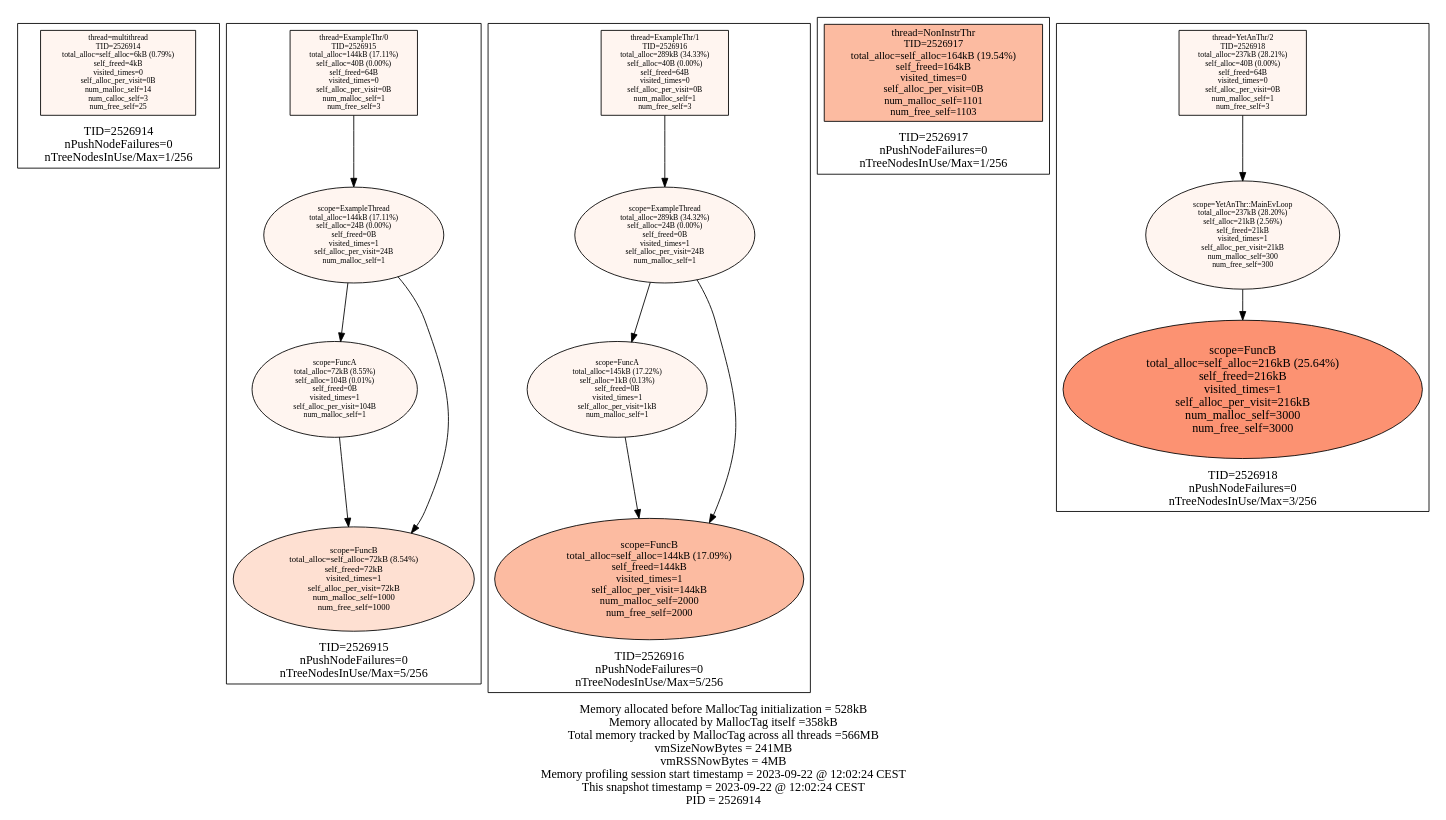
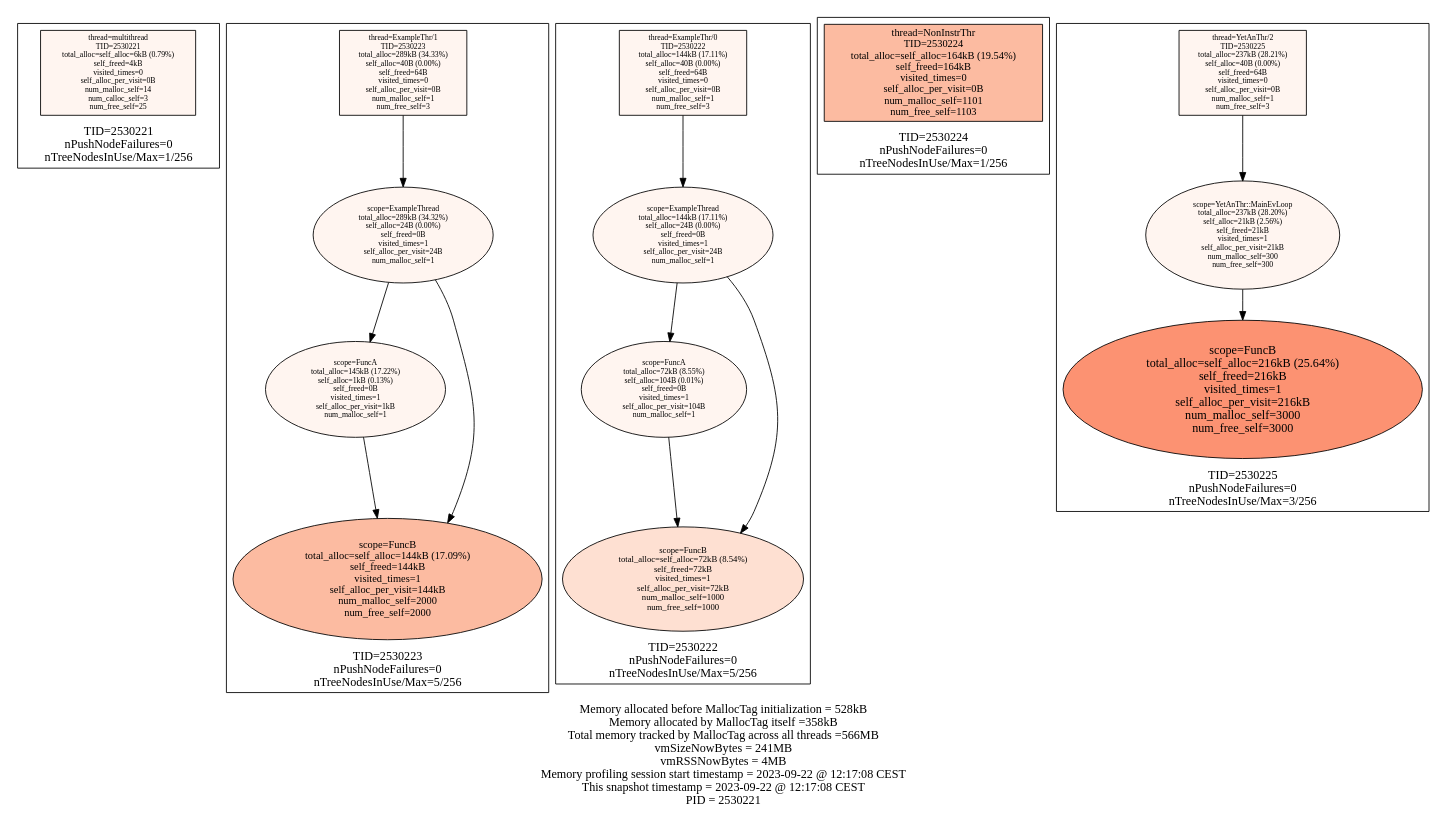
Before and after one commit to f18m/malloc-tag: the diagram in examples/multithread/multithread_stats.dot, drawn with Graphviz. The commit also changed 8 other files, not shown here.

Commit message:
remove the possibility to generate 1digraph per tree

```diff
--- a/examples/multithread/multithread_stats.dot
+++ b/examples/multithread/multithread_stats.dot
@@ -1,60 +1,60 @@
 digraph MallocTree {
  node [colorscheme=reds9 style=filled]
- subgraph cluster_TID2526914 {
+ subgraph cluster_TID2530221 {
   node [colorscheme=reds9 style=filled]
   labelloc="b"
-  label="TID=2526914\nnPushNodeFailures=0\nnTreeNodesInUse/Max=1/256\n"
-  "2526914_multithread" [label="thread=multithread\nTID=2526914\ntotal_alloc=self_alloc=6kB (0.79%)\nself_freed=4kB\nvisited_times=0\nself_alloc_per_visit=0B\nnum_malloc_self=14\nnum_calloc_self=3\nnum_free_self=25" shape=box fillcolor=1 fontsize=9]
+  label="TID=2530221\nnPushNodeFailures=0\nnTreeNodesInUse/Max=1/256\n"
+  "2530221_multithread" [label="thread=multithread\nTID=2530221\ntotal_alloc=self_alloc=6kB (0.79%)\nself_freed=4kB\nvisited_times=0\nself_alloc_per_visit=0B\nnum_malloc_self=14\nnum_calloc_self=3\nnum_free_self=25" shape=box fillcolor=1 fontsize=9]
  }
 
- subgraph cluster_TID2526915 {
+ subgraph cluster_TID2530223 {
   node [colorscheme=reds9 style=filled]
   labelloc="b"
-  label="TID=2526915\nnPushNodeFailures=0\nnTreeNodesInUse/Max=5/256\n"
-  "2526915_ExampleThr/0" [label="thread=ExampleThr/0\nTID=2526915\ntotal_alloc=144kB (17.11%)\nself_alloc=40B (0.00%)\nself_freed=64B\nvisited_times=0\nself_alloc_per_visit=0B\nnum_malloc_self=1\nnum_free_self=3" shape=box fillcolor=1 fontsize=9]
-  "2526915_ExampleThr/0" -> "2526915_ExampleThread"
-  "2526915_ExampleThread" [label="scope=ExampleThread\ntotal_alloc=144kB (17.11%)\nself_alloc=24B (0.00%)\nself_freed=0B\nvisited_times=1\nself_alloc_per_visit=24B\nnum_malloc_self=1" fillcolor=1 fontsize=9]
-  "2526915_ExampleThread" -> "2526915_FuncA"
-  "2526915_ExampleThread" -> "2526915_FuncB"
-  "2526915_FuncA" [label="scope=FuncA\ntotal_alloc=72kB (8.55%)\nself_alloc=104B (0.01%)\nself_freed=0B\nvisited_times=1\nself_alloc_per_visit=104B\nnum_malloc_self=1" fillcolor=1 fontsize=9]
-  "2526915_FuncA" -> "2526915_FuncB"
-  "2526915_FuncB" [label="scope=FuncB\ntotal_alloc=self_alloc=72kB (8.54%)\nself_freed=72kB\nvisited_times=1\nself_alloc_per_visit=72kB\nnum_malloc_self=1000\nnum_free_self=1000" fillcolor=2 fontsize=10]
-  "2526915_FuncB" [label="scope=FuncB\ntotal_alloc=self_alloc=72kB (8.54%)\nself_freed=72kB\nvisited_times=1\nself_alloc_per_visit=72kB\nnum_malloc_self=1000\nnum_free_self=1000" fillcolor=2 fontsize=10]
+  label="TID=2530223\nnPushNodeFailures=0\nnTreeNodesInUse/Max=5/256\n"
+  "2530223_ExampleThr/1" [label="thread=ExampleThr/1\nTID=2530223\ntotal_alloc=289kB (34.33%)\nself_alloc=40B (0.00%)\nself_freed=64B\nvisited_times=0\nself_alloc_per_visit=0B\nnum_malloc_self=1\nnum_free_self=3" shape=box fillcolor=1 fontsize=9]
+  "2530223_ExampleThr/1" -> "2530223_ExampleThread"
+  "2530223_ExampleThread" [label="scope=ExampleThread\ntotal_alloc=289kB (34.32%)\nself_alloc=24B (0.00%)\nself_freed=0B\nvisited_times=1\nself_alloc_per_visit=24B\nnum_malloc_self=1" fillcolor=1 fontsize=9]
+  "2530223_ExampleThread" -> "2530223_FuncA"
+  "2530223_ExampleThread" -> "2530223_FuncB"
+  "2530223_FuncA" [label="scope=FuncA\ntotal_alloc=145kB (17.22%)\nself_alloc=1kB (0.13%)\nself_freed=0B\nvisited_times=1\nself_alloc_per_visit=1kB\nnum_malloc_self=1" fillcolor=1 fontsize=9]
+  "2530223_FuncA" -> "2530223_FuncB"
+  "2530223_FuncB" [label="scope=FuncB\ntotal_alloc=self_alloc=144kB (17.09%)\nself_freed=144kB\nvisited_times=1\nself_alloc_per_visit=144kB\nnum_malloc_self=2000\nnum_free_self=2000" fillcolor=3 fontsize=12]
+  "2530223_FuncB" [label="scope=FuncB\ntotal_alloc=self_alloc=144kB (17.09%)\nself_freed=144kB\nvisited_times=1\nself_alloc_per_visit=144kB\nnum_malloc_self=2000\nnum_free_self=2000" fillcolor=3 fontsize=12]
  }
 
- subgraph cluster_TID2526916 {
+ subgraph cluster_TID2530222 {
   node [colorscheme=reds9 style=filled]
   labelloc="b"
-  label="TID=2526916\nnPushNodeFailures=0\nnTreeNodesInUse/Max=5/256\n"
-  "2526916_ExampleThr/1" [label="thread=ExampleThr/1\nTID=2526916\ntotal_alloc=289kB (34.33%)\nself_alloc=40B (0.00%)\nself_freed=64B\nvisited_times=0\nself_alloc_per_visit=0B\nnum_malloc_self=1\nnum_free_self=3" shape=box fillcolor=1 fontsize=9]
-  "2526916_ExampleThr/1" -> "2526916_ExampleThread"
-  "2526916_ExampleThread" [label="scope=ExampleThread\ntotal_alloc=289kB (34.32%)\nself_alloc=24B (0.00%)\nself_freed=0B\nvisited_times=1\nself_alloc_per_visit=24B\nnum_malloc_self=1" fillcolor=1 fontsize=9]
-  "2526916_ExampleThread" -> "2526916_FuncA"
-  "2526916_ExampleThread" -> "2526916_FuncB"
-  "2526916_FuncA" [label="scope=FuncA\ntotal_alloc=145kB (17.22%)\nself_alloc=1kB (0.13%)\nself_freed=0B\nvisited_times=1\nself_alloc_per_visit=1kB\nnum_malloc_self=1" fillcolor=1 fontsize=9]
-  "2526916_FuncA" -> "2526916_FuncB"
-  "2526916_FuncB" [label="scope=FuncB\ntotal_alloc=self_alloc=144kB (17.09%)\nself_freed=144kB\nvisited_times=1\nself_alloc_per_visit=144kB\nnum_malloc_self=2000\nnum_free_self=2000" fillcolor=3 fontsize=12]
-  "2526916_FuncB" [label="scope=FuncB\ntotal_alloc=self_alloc=144kB (17.09%)\nself_freed=144kB\nvisited_times=1\nself_alloc_per_visit=144kB\nnum_malloc_self=2000\nnum_free_self=2000" fillcolor=3 fontsize=12]
+  label="TID=2530222\nnPushNodeFailures=0\nnTreeNodesInUse/Max=5/256\n"
+  "2530222_ExampleThr/0" [label="thread=ExampleThr/0\nTID=2530222\ntotal_alloc=144kB (17.11%)\nself_alloc=40B (0.00%)\nself_freed=64B\nvisited_times=0\nself_alloc_per_visit=0B\nnum_malloc_self=1\nnum_free_self=3" shape=box fillcolor=1 fontsize=9]
+  "2530222_ExampleThr/0" -> "2530222_ExampleThread"
+  "2530222_ExampleThread" [label="scope=ExampleThread\ntotal_alloc=144kB (17.11%)\nself_alloc=24B (0.00%)\nself_freed=0B\nvisited_times=1\nself_alloc_per_visit=24B\nnum_malloc_self=1" fillcolor=1 fontsize=9]
+  "2530222_ExampleThread" -> "2530222_FuncA"
+  "2530222_ExampleThread" -> "2530222_FuncB"
+  "2530222_FuncA" [label="scope=FuncA\ntotal_alloc=72kB (8.55%)\nself_alloc=104B (0.01%)\nself_freed=0B\nvisited_times=1\nself_alloc_per_visit=104B\nnum_malloc_self=1" fillcolor=1 fontsize=9]
+  "2530222_FuncA" -> "2530222_FuncB"
+  "2530222_FuncB" [label="scope=FuncB\ntotal_alloc=self_alloc=72kB (8.54%)\nself_freed=72kB\nvisited_times=1\nself_alloc_per_visit=72kB\nnum_malloc_self=1000\nnum_free_self=1000" fillcolor=2 fontsize=10]
+  "2530222_FuncB" [label="scope=FuncB\ntotal_alloc=self_alloc=72kB (8.54%)\nself_freed=72kB\nvisited_times=1\nself_alloc_per_visit=72kB\nnum_malloc_self=1000\nnum_free_self=1000" fillcolor=2 fontsize=10]
  }
 
- subgraph cluster_TID2526917 {
+ subgraph cluster_TID2530224 {
   node [colorscheme=reds9 style=filled]
   labelloc="b"
-  label="TID=2526917\nnPushNodeFailures=0\nnTreeNodesInUse/Max=1/256\n"
-  "2526917_NonInstrThr" [label="thread=NonInstrThr\nTID=2526917\ntotal_alloc=self_alloc=164kB (19.54%)\nself_freed=164kB\nvisited_times=0\nself_alloc_per_visit=0B\nnum_malloc_self=1101\nnum_free_self=1103" shape=box fillcolor=3 fontsize=12]
+  label="TID=2530224\nnPushNodeFailures=0\nnTreeNodesInUse/Max=1/256\n"
+  "2530224_NonInstrThr" [label="thread=NonInstrThr\nTID=2530224\ntotal_alloc=self_alloc=164kB (19.54%)\nself_freed=164kB\nvisited_times=0\nself_alloc_per_visit=0B\nnum_malloc_self=1101\nnum_free_self=1103" shape=box fillcolor=3 fontsize=12]
  }
 
- subgraph cluster_TID2526918 {
+ subgraph cluster_TID2530225 {
   node [colorscheme=reds9 style=filled]
   labelloc="b"
-  label="TID=2526918\nnPushNodeFailures=0\nnTreeNodesInUse/Max=3/256\n"
-  "2526918_YetAnThr/2" [label="thread=YetAnThr/2\nTID=2526918\ntotal_alloc=237kB (28.21%)\nself_alloc=40B (0.00%)\nself_freed=64B\nvisited_times=0\nself_alloc_per_visit=0B\nnum_malloc_self=1\nnum_free_self=3" shape=box fillcolor=1 fontsize=9]
-  "2526918_YetAnThr/2" -> "2526918_YetAnThr::MainEvLoop"
-  "2526918_YetAnThr::MainEvLoop" [label="scope=YetAnThr::MainEvLoop\ntotal_alloc=237kB (28.20%)\nself_alloc=21kB (2.56%)\nself_freed=21kB\nvisited_times=1\nself_alloc_per_visit=21kB\nnum_malloc_self=300\nnum_free_self=300" fillcolor=1 fontsize=9]
-  "2526918_YetAnThr::MainEvLoop" -> "2526918_FuncB"
-  "2526918_FuncB" [label="scope=FuncB\ntotal_alloc=self_alloc=216kB (25.64%)\nself_freed=216kB\nvisited_times=1\nself_alloc_per_visit=216kB\nnum_malloc_self=3000\nnum_free_self=3000" fillcolor=4 fontsize=14]
+  label="TID=2530225\nnPushNodeFailures=0\nnTreeNodesInUse/Max=3/256\n"
+  "2530225_YetAnThr/2" [label="thread=YetAnThr/2\nTID=2530225\ntotal_alloc=237kB (28.21%)\nself_alloc=40B (0.00%)\nself_freed=64B\nvisited_times=0\nself_alloc_per_visit=0B\nnum_malloc_self=1\nnum_free_self=3" shape=box fillcolor=1 fontsize=9]
+  "2530225_YetAnThr/2" -> "2530225_YetAnThr::MainEvLoop"
+  "2530225_YetAnThr::MainEvLoop" [label="scope=YetAnThr::MainEvLoop\ntotal_alloc=237kB (28.20%)\nself_alloc=21kB (2.56%)\nself_freed=21kB\nvisited_times=1\nself_alloc_per_visit=21kB\nnum_malloc_self=300\nnum_free_self=300" fillcolor=1 fontsize=9]
+  "2530225_YetAnThr::MainEvLoop" -> "2530225_FuncB"
+  "2530225_FuncB" [label="scope=FuncB\ntotal_alloc=self_alloc=216kB (25.64%)\nself_freed=216kB\nvisited_times=1\nself_alloc_per_visit=216kB\nnum_malloc_self=3000\nnum_free_self=3000" fillcolor=4 fontsize=14]
  }
 
  labelloc="b"
- label="Memory allocated before MallocTag initialization = 528kB\nMemory allocated by MallocTag itself =358kB\nTotal memory tracked by MallocTag across all threads =566MB\nvmSizeNowBytes = 241MB\nvmRSSNowBytes = 4MB\nMemory profiling session start timestamp = 2023-09-22 @ 12:02:24 CEST\nThis snapshot timestamp = 2023-09-22 @ 12:02:24 CEST\nPID = 2526914\n"
+ label="Memory allocated before MallocTag initialization = 528kB\nMemory allocated by MallocTag itself =358kB\nTotal memory tracked by MallocTag across all threads =566MB\nvmSizeNowBytes = 241MB\nvmRSSNowBytes = 4MB\nMemory profiling session start timestamp = 2023-09-22 @ 12:17:08 CEST\nThis snapshot timestamp = 2023-09-22 @ 12:17:08 CEST\nPID = 2530221\n"
 }
```
